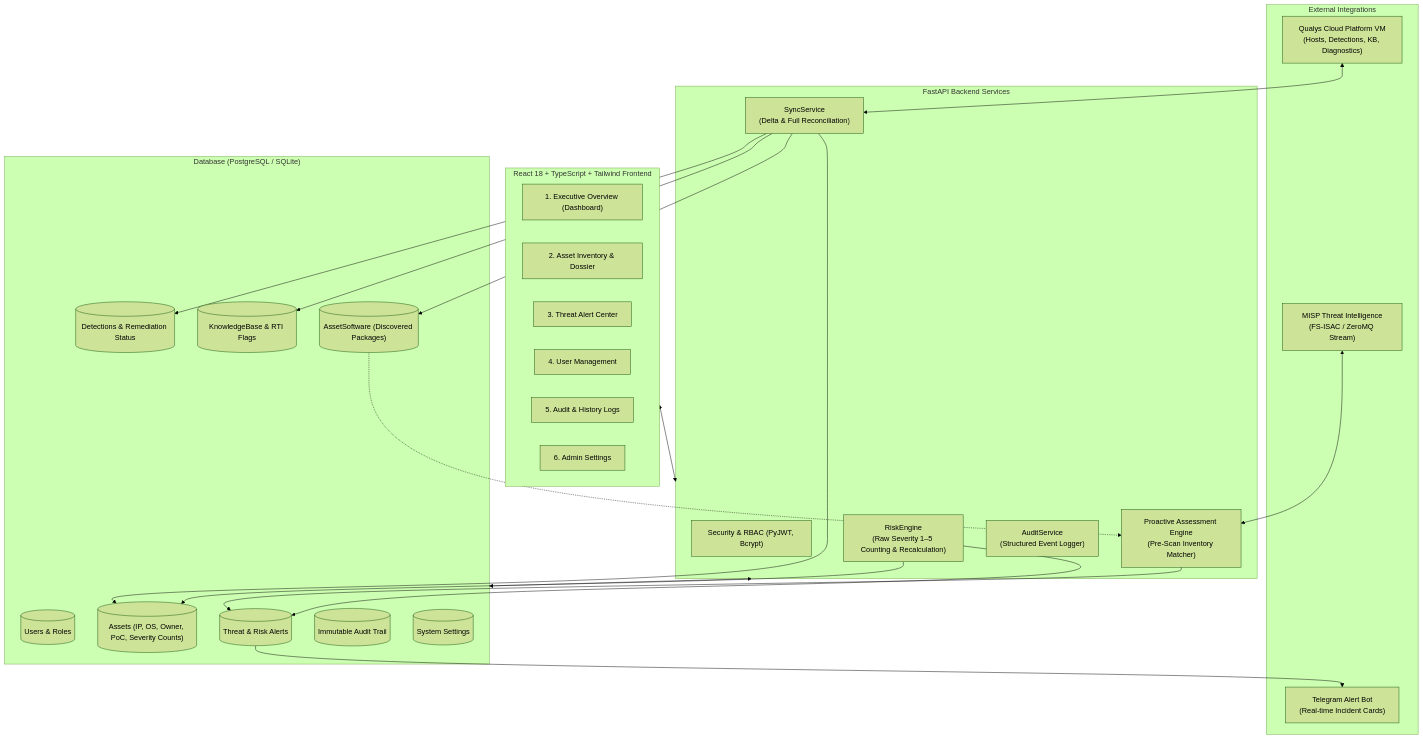
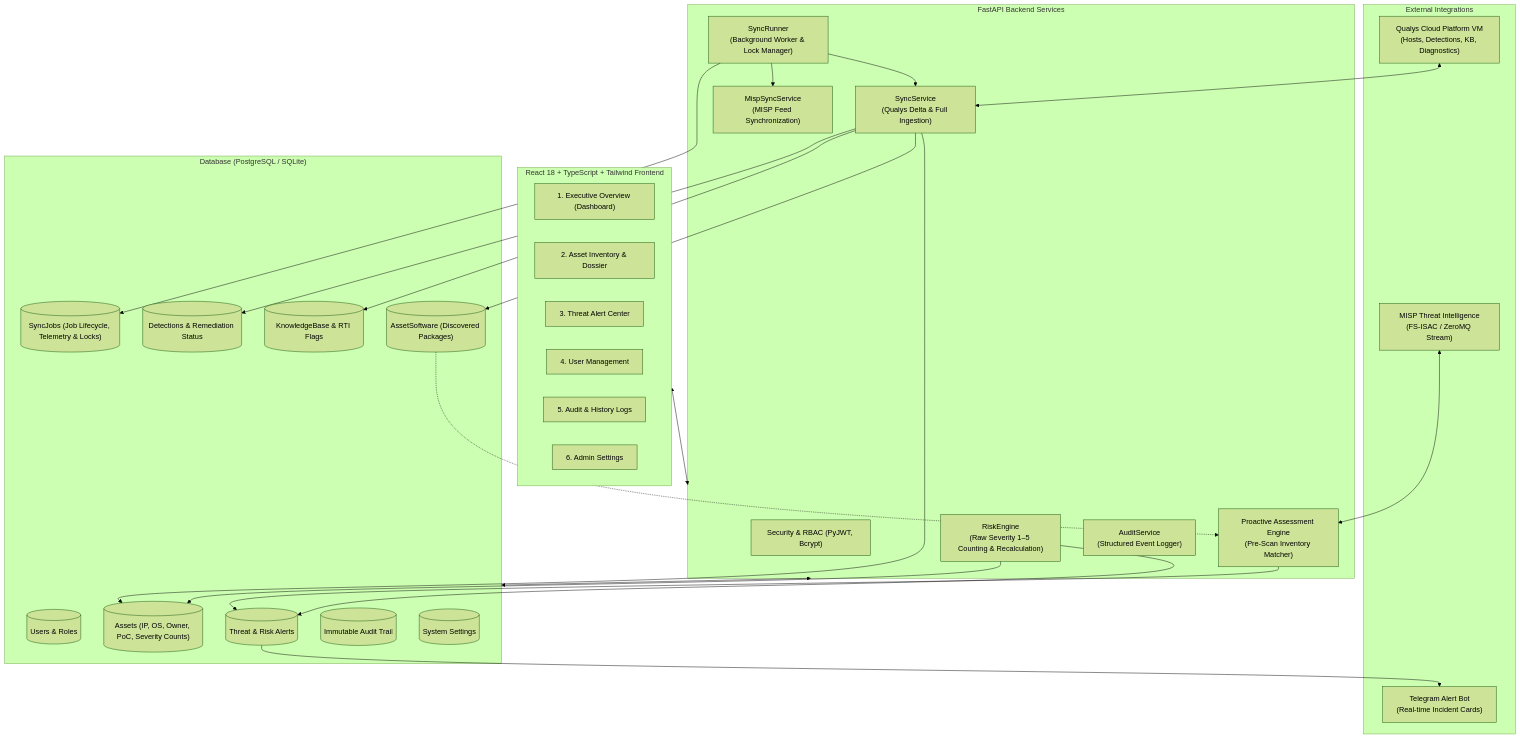
The first of 5 diagrams in docs/overview.md (kimsrung/nb_vul_dashboard), drawn with Mermaid (forest theme) before and after one commit. The commit also changed other lines of this file and 42 other files, not shown here.

Commit message:
move sync service into background jobs

````diff
--- a/docs/overview.md
+++ b/docs/overview.md
@@ -11,51 +11,57 @@
 ```mermaid
 flowchart TD
     subgraph External_Integrations["External Integrations"]
         QUALYS["Qualys Cloud Platform VM<br/>(Hosts, Detections, KB, Diagnostics)"]
         MISP["MISP Threat Intelligence<br/>(FS-ISAC / ZeroMQ Stream)"]
         TG["Telegram Alert Bot<br/>(Real-time Incident Cards)"]
     end
 
     subgraph Backend_Core["FastAPI Backend Services"]
         AUTH_SVC["Security & RBAC (PyJWT, Bcrypt)"]
-        SYNC_SVC["SyncService<br/>(Delta & Full Reconciliation)"]
+        SYNC_RUNNER["SyncRunner<br/>(Background Worker & Lock Manager)"]
+        SYNC_SVC["SyncService<br/>(Qualys Delta & Full Ingestion)"]
+        MISP_SYNC["MispSyncService<br/>(MISP Feed Synchronization)"]
         RISK_ENG["RiskEngine<br/>(Raw Severity 1–5 Counting & Recalculation)"]
         MISP_ENG["Proactive Assessment Engine<br/>(Pre-Scan Inventory Matcher)"]
         AUDIT_SVC["AuditService<br/>(Structured Event Logger)"]
     end
 
     subgraph Database["Database (PostgreSQL / SQLite)"]
         DB_USER[("Users & Roles")]
+        DB_SYNC[("SyncJobs (Job Lifecycle, Telemetry & Locks)")]
         DB_ASSET[("Assets (IP, OS, Owner, PoC, Severity Counts)")]
         DB_DET[("Detections & Remediation Status")]
         DB_KB[("KnowledgeBase & RTI Flags")]
         DB_SW[("AssetSoftware (Discovered Packages)")]
         DB_ALERT[("Threat & Risk Alerts")]
         DB_AUDIT[("Immutable Audit Trail")]
         DB_SETTING[("System Settings")]
     end
 
     subgraph Frontend_App["React 18 + TypeScript + Tailwind Frontend"]
         MOD1["1. Executive Overview (Dashboard)"]
         MOD2["2. Asset Inventory & Dossier"]
         MOD3["3. Threat Alert Center"]
         MOD4["4. User Management"]
         MOD5["5. Audit & History Logs"]
         MOD6["6. Admin Settings"]
     end
 
     QUALYS <--> SYNC_SVC
     MISP <--> MISP_ENG
+    SYNC_RUNNER --> SYNC_SVC
+    SYNC_RUNNER --> MISP_SYNC
+    SYNC_RUNNER --> DB_SYNC
     SYNC_SVC --> DB_ASSET
     SYNC_SVC --> DB_DET
     SYNC_SVC --> DB_KB
     SYNC_SVC --> DB_SW
     DB_SW -.-> MISP_ENG
     MISP_ENG --> DB_ALERT
     RISK_ENG --> DB_ASSET
     RISK_ENG --> DB_ALERT
     DB_ALERT --> TG
 
     Frontend_App <--> Backend_Core
     Backend_Core <--> Database
 ```
````
